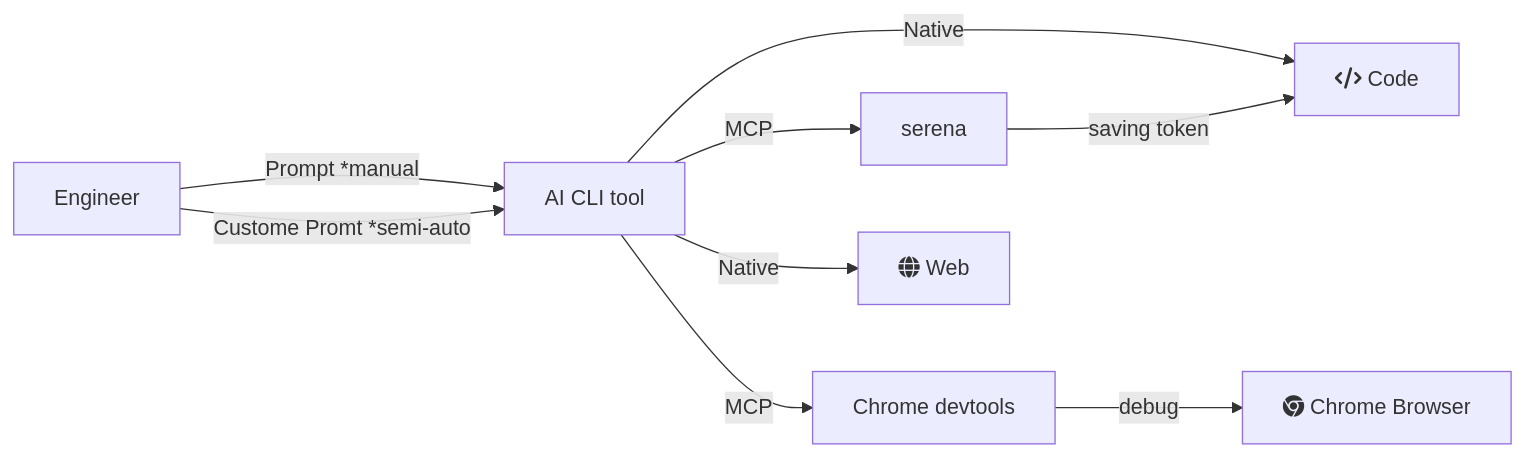
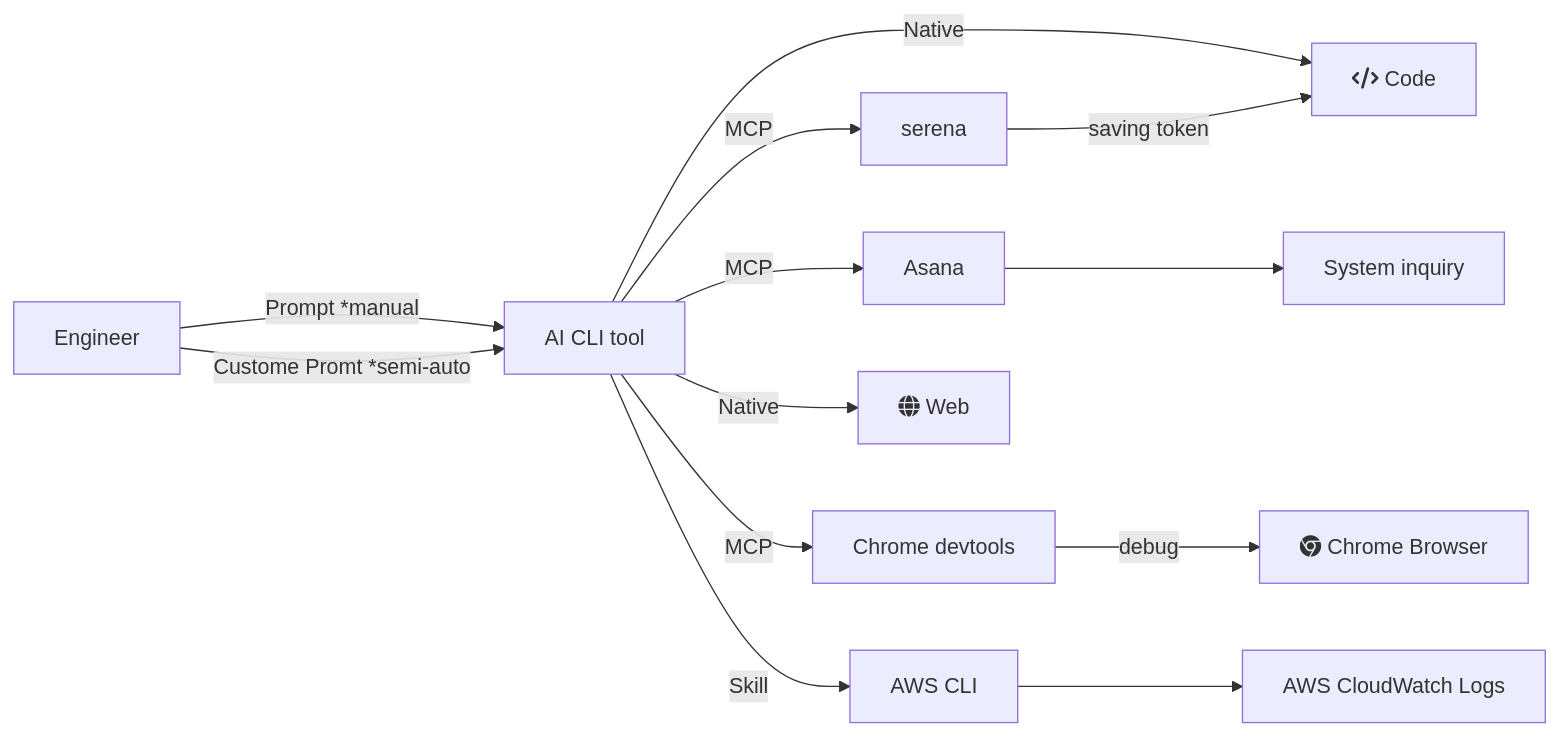
One commit to natsuya-niki/zenn changed the diagram in articles/2026-01-codex-mcp.md. Above: the diagram before and after it, drawn with Mermaid. The commit also changed other lines of this file, not shown here.

Commit message:
update: 書き足りていなかった構成やCloudWatchLogs、検証結果の更新

````diff
--- a/articles/2026-01-codex-mcp.md
+++ b/articles/2026-01-codex-mcp.md
@@ -21,10 +27,11 @@
 ```mermaid
 flowchart LR
 A[Engineer] -->|Prompt *manual| B[AI CLI tool]
 A --> |Custome Promt *semi-auto | B
 B -->|Native| C[fas:fa-code Code]
 B -->|MCP| D[serena] -->|saving token| C
-%% B -->|MCP| E[Asana] --> F[System inquiry]
+B -->|MCP| E[Asana] --> F[System inquiry]
 B -->|MCP| G[Chrome devtools] -->|debug| H[fab:fa-chrome Chrome Browser]
 B -->|Native| I[fas:fa-globe Web]
+B -->|Skill| J[AWS CLI] --> K[AWS CloudWatch Logs]
 ```
````
